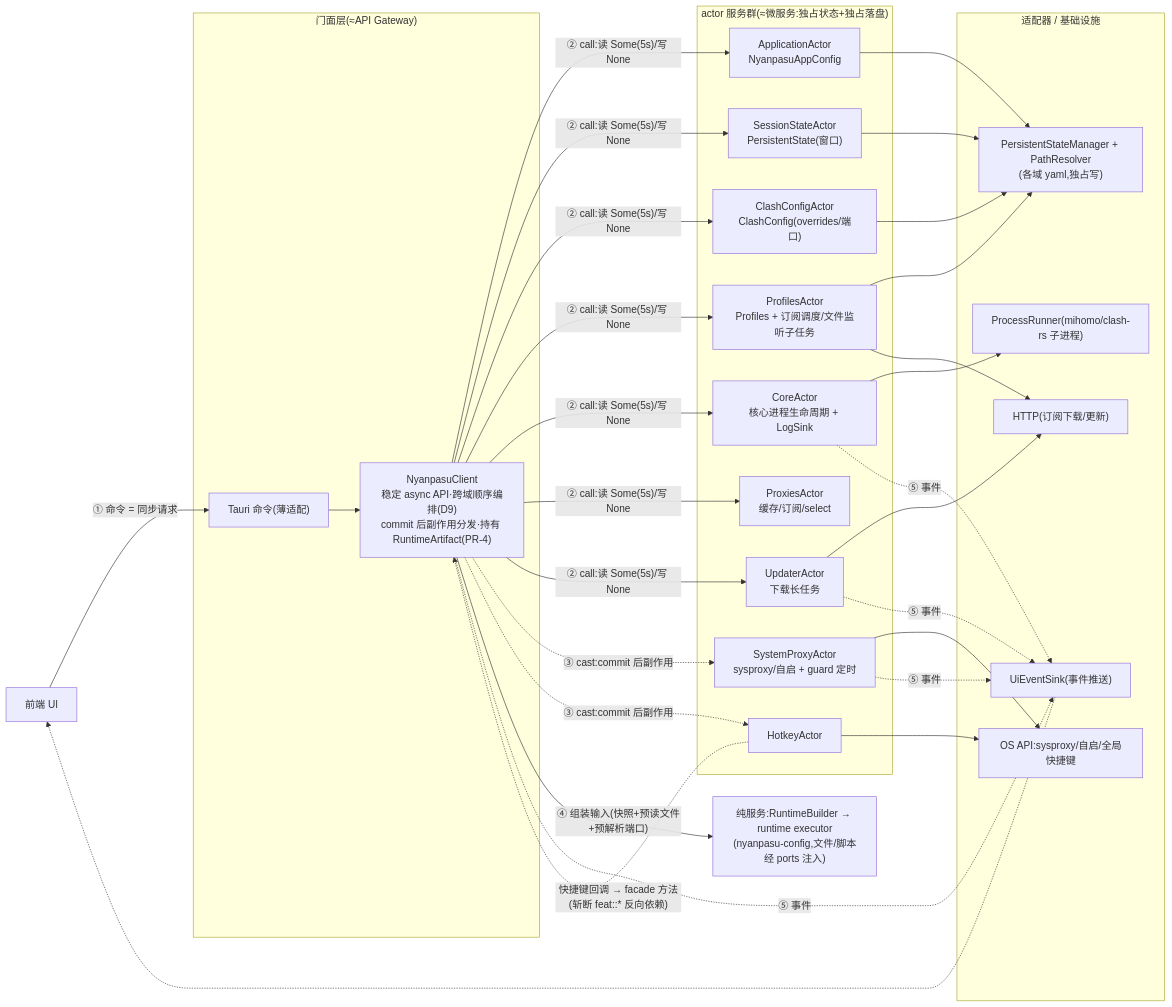
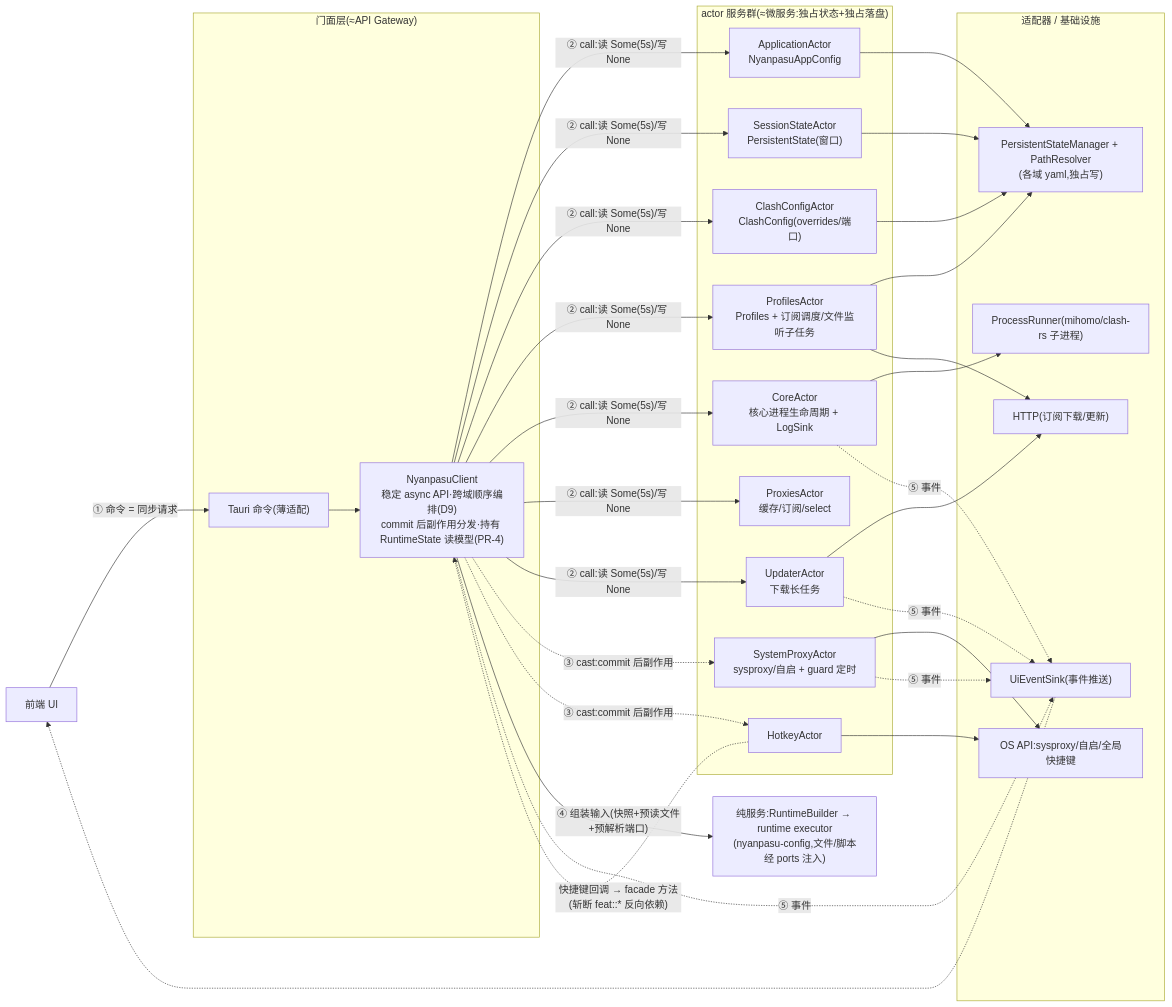
The fourth of 10 diagrams in docs/design/actor-migration-roadmap.md (libnyanpasu/clash-nyanpasu), drawn with Mermaid before and after one commit. The commit also changed other lines of this file and 2 other files, not shown here.

Commit message:
docs(pr4): closeout roadmap to RuntimeState model, register C-M4 under PR-5, re-enumerate ledger

````diff
--- a/docs/design/actor-migration-roadmap.md
+++ b/docs/design/actor-migration-roadmap.md
@@ -252,45 +252,45 @@
 ```mermaid
 flowchart LR
     FE2["前端 UI"]
 
     subgraph GW["门面层(≈API Gateway)"]
         CMD["Tauri 命令(薄适配)"]
-        NC2["NyanpasuClient<br/>稳定 async API·跨域顺序编排(D9)<br/>commit 后副作用分发·持有 RuntimeArtifact(PR-4)"]
+        NC2["NyanpasuClient<br/>稳定 async API·跨域顺序编排(D9)<br/>commit 后副作用分发·持有 RuntimeState 读模型(PR-4)"]
     end
 
     subgraph ACTORS["actor 服务群(≈微服务:独占状态+独占落盘)"]
         AA2["ApplicationActor<br/>NyanpasuAppConfig"]
         SS2["SessionStateActor<br/>PersistentState(窗口)"]
         CC2["ClashConfigActor<br/>ClashConfig(overrides/端口)"]
         PA2["ProfilesActor<br/>Profiles + 订阅调度/文件监听子任务"]
         CO2["CoreActor<br/>核心进程生命周期 + LogSink"]
         SP2["SystemProxyActor<br/>sysproxy/自启 + guard 定时"]
         HK2["HotkeyActor"]
         PX2["ProxiesActor<br/>缓存/订阅/select"]
         UP2["UpdaterActor<br/>下载长任务"]
     end
 
     RB2["纯服务:RuntimeBuilder → runtime executor<br/>(nyanpasu-config,文件/脚本经 ports 注入)"]
 
     subgraph INFRA["适配器 / 基础设施"]
         UIS2["UiEventSink(事件推送)"]
         FS2["PersistentStateManager + PathResolver<br/>(各域 yaml,独占写)"]
         OS2["OS API:sysproxy/自启/全局快捷键"]
         PR2["ProcessRunner(mihomo/clash-rs 子进程)"]
         NET2["HTTP(订阅下载/更新)"]
     end
 
     FE2 -->|"① 命令 = 同步请求"| CMD --> NC2
     NC2 -->|"② call:读 Some(5s)/写 None"| AA2 & SS2 & CC2 & PA2 & CO2 & PX2 & UP2
     NC2 -.->|"③ cast:commit 后副作用"| SP2 & HK2
     NC2 -->|"④ 组装输入(快照+预读文件+预解析端口)"| RB2
     AA2 & SS2 & CC2 & PA2 --> FS2
     CO2 --> PR2
     SP2 --> OS2
     HK2 --> OS2
     HK2 -.->|"快捷键回调 → facade 方法(斩断 feat::* 反向依赖)"| NC2
     PA2 --> NET2
     UP2 --> NET2
     CO2 & SP2 & UP2 & NC2 -.->|"⑤ 事件"| UIS2
     UIS2 -.-> FE2
 ```
````
